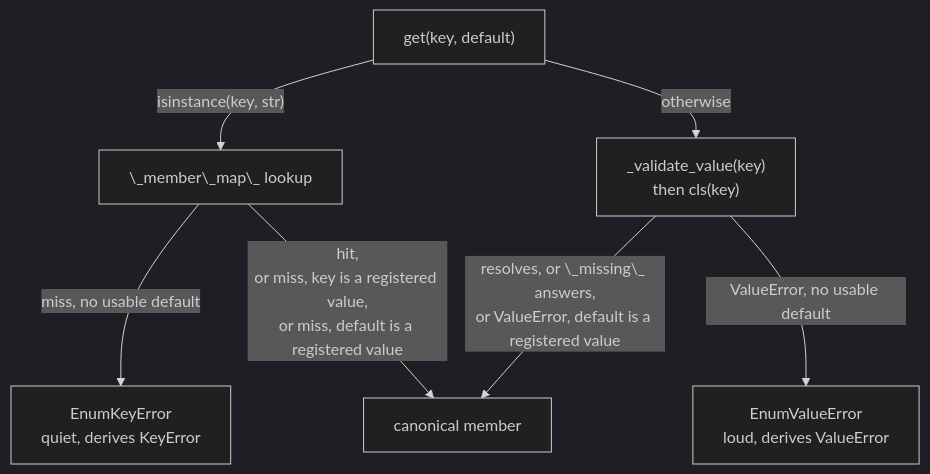
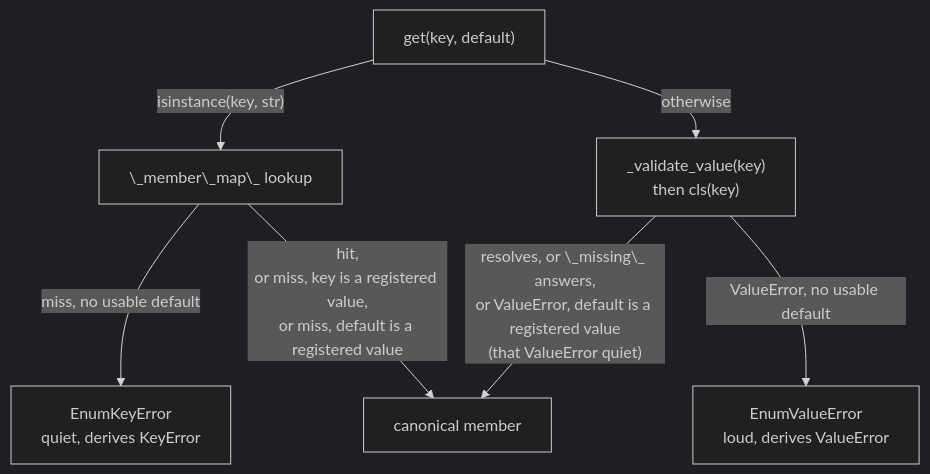
The diagram in docs/source/contributing/conventions/registry-protocol.rst (JarryShaw/PyPCAPKit), drawn with Mermaid (dark theme) before and after one commit. The commit also changed other lines of this file and 3 other files, not shown here.

First line of the commit message:
fix(corekit): quiet get's fallback over an out-of-range value (#1845)

```diff
--- a/docs/source/contributing/conventions/registry-protocol.rst
+++ b/docs/source/contributing/conventions/registry-protocol.rst
@@ -157,9 +157,9 @@
 .. mermaid::
 
    flowchart TD
        GET["get(key, default)"] -->|"isinstance(key, str)"| NAME["\_member\_map\_ lookup"]
        GET -->|"otherwise"| VALUE["_validate_value(key)<br/>then cls(key)"]
        NAME -->|"miss, no usable default"| KEYERR["EnumKeyError<br/>quiet, derives KeyError"]
        NAME -->|"hit,<br/>or miss, key is a registered value,<br/>or miss, default is a registered value"| OK["canonical member"]
-       VALUE -->|"resolves, or \_missing\_ answers,<br/>or ValueError, default is a registered value"| OK
+       VALUE -->|"resolves, or \_missing\_ answers,<br/>or ValueError, default is a registered value<br/>(that ValueError quiet)"| OK
        VALUE -->|"ValueError, no usable default"| VALERR["EnumValueError<br/>loud, derives ValueError"]
```
